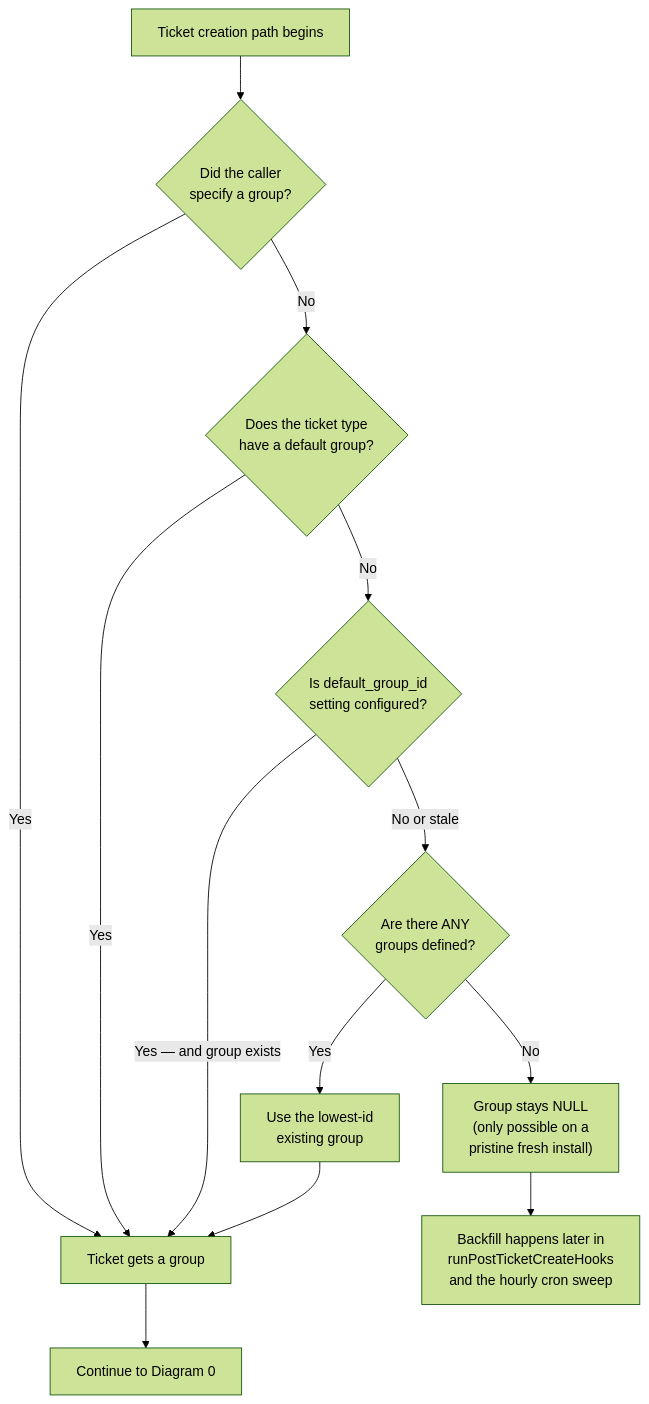
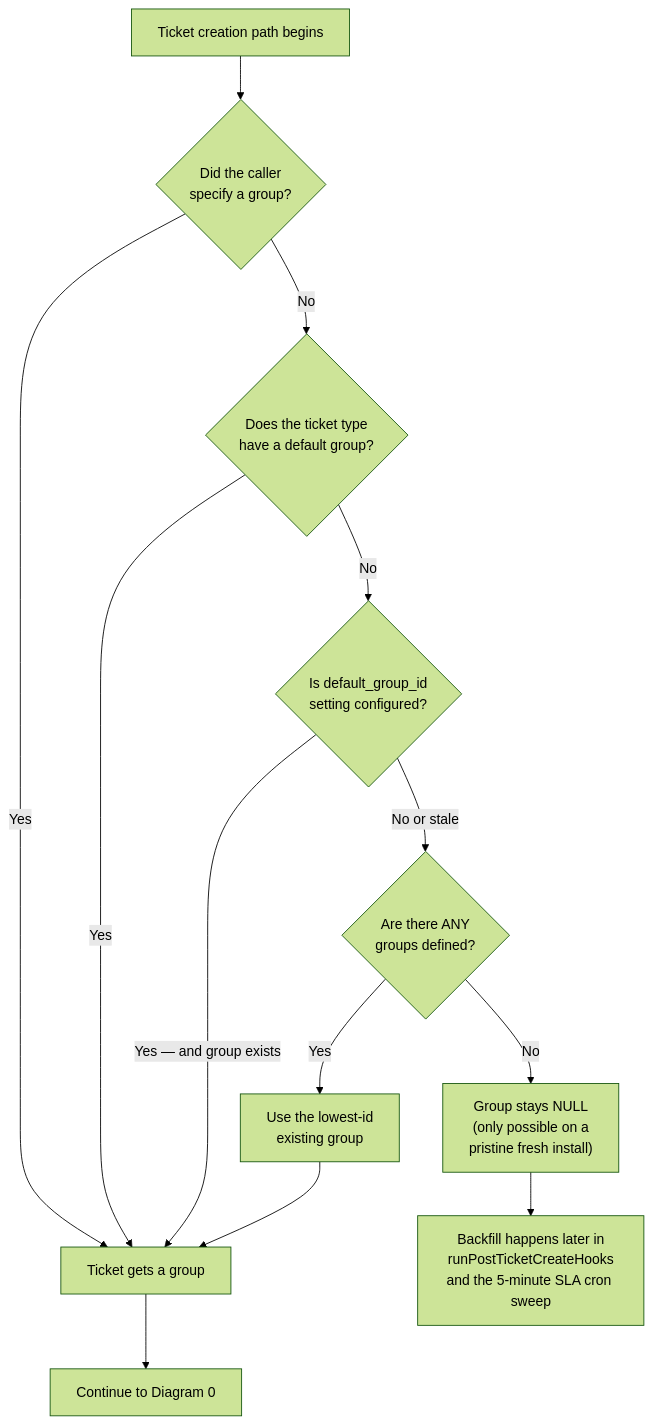
The ninth of 9 diagrams in TICKET_ASSIGNMENT_FLOWS.md (chris-jasztrab/openhelpdesk), drawn with Mermaid (forest theme) before and after one commit. The commit also changed other lines of this file and 45 other files, not shown here.

````diff
--- a/TICKET_ASSIGNMENT_FLOWS.md
+++ b/TICKET_ASSIGNMENT_FLOWS.md
@@ -238,15 +238,15 @@
 ```mermaid
 flowchart TD
     A[Ticket creation path begins] --> B{Did the caller<br/>specify a group?}
     B -->|Yes| Z[Use that group]
     B -->|No| C{Does the ticket type<br/>have a default group?}
     C -->|Yes| Z
     C -->|No| D{Is default_group_id<br/>setting configured?}
     D -->|Yes — and group exists| Z
     D -->|No or stale| E{Are there ANY<br/>groups defined?}
     E -->|Yes| F[Use the lowest-id<br/>existing group]
     E -->|No| G["Group stays NULL<br/>(only possible on a<br/>pristine fresh install)"]
     F --> Z
     Z[Ticket gets a group] --> H[Continue to Diagram 0]
-    G --> I["Backfill happens later in<br/>runPostTicketCreateHooks<br/>and the hourly cron sweep"]
+    G --> I["Backfill happens later in<br/>runPostTicketCreateHooks<br/>and the 5-minute SLA cron sweep"]
 ```
````
